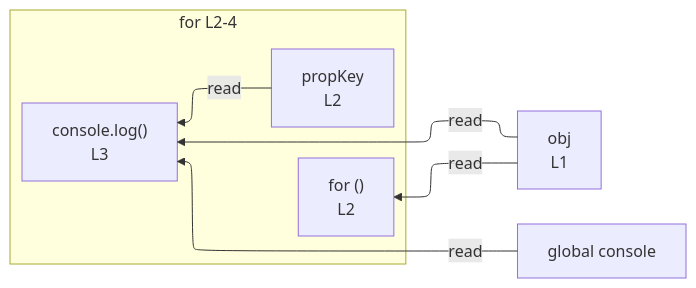
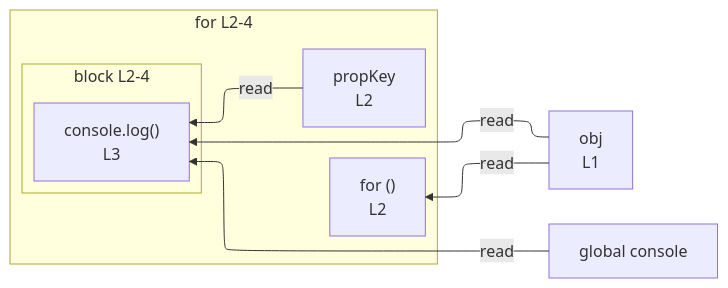
One commit to crescware/unsnarl changed the diagram in integration/fixtures/iteration-statement/for-in/basic/preview.md. Above: the diagram before and after it, drawn with Mermaid. The commit also changed 106 other files, not shown here.

````diff
--- a/integration/fixtures/iteration-statement/for-in/basic/preview.md
+++ b/integration/fixtures/iteration-statement/for-in/basic/preview.md
@@ -14,16 +14,19 @@
 ```mermaid
 %%{init: {"flowchart": {"defaultRenderer": "elk"}}}%%
 flowchart RL
   n_scope_0_obj_6["obj<br/>L1"]
   n_scope_0_console_59["global console"]
   subgraph s_scope_1["for L2-4"]
     direction RL
     for_test_scope_0_28["for ()<br/>L2"]
     n_scope_1_propKey_39["propKey<br/>L2"]
-    expr_stmt_59["console.log()<br/>L3"]
+    subgraph s_scope_2["block L2-4"]
+      direction RL
+      expr_stmt_59["console.log()<br/>L3"]
+    end
   end
   n_scope_0_obj_6 -->|read| for_test_scope_0_28
   n_scope_0_console_59 -->|read| expr_stmt_59
   n_scope_1_propKey_39 -->|read| expr_stmt_59
   n_scope_0_obj_6 -->|read| expr_stmt_59
 ```
````
